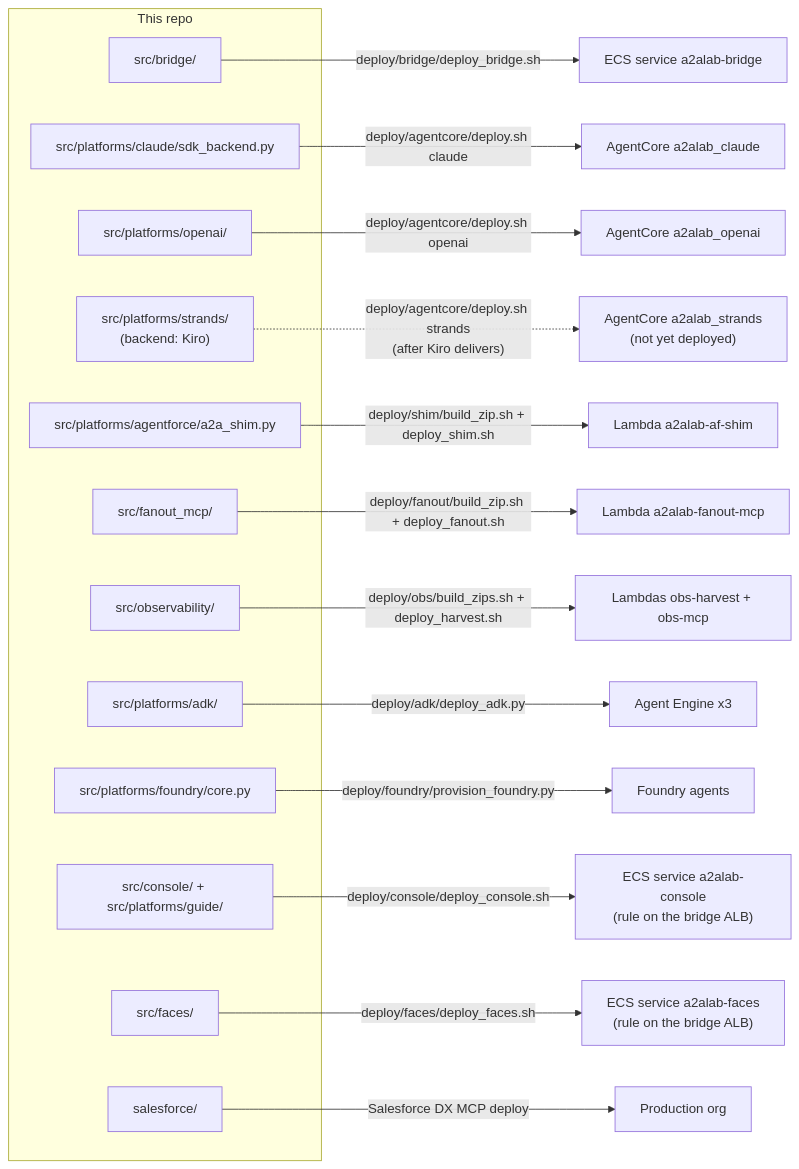
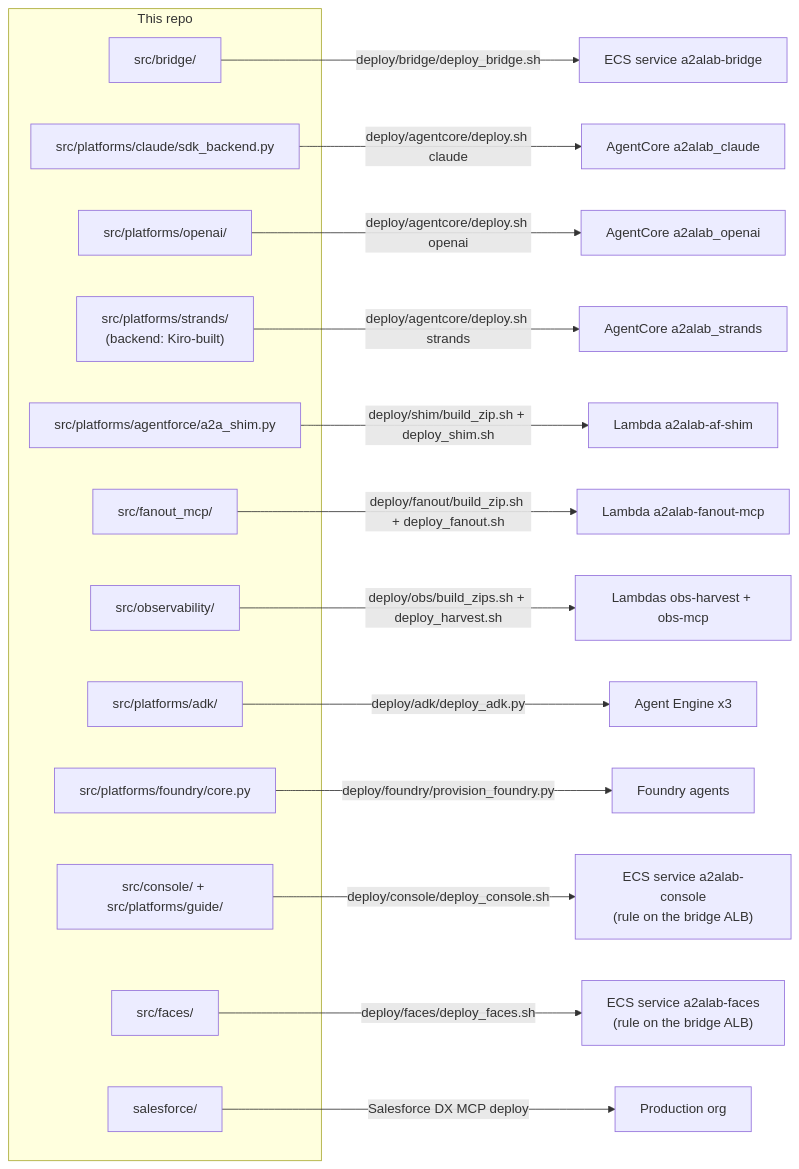
Before and after one commit to congmingwudi/a2a-lab: the tenth of 10 diagrams in plan/09-deployment-map.md, drawn with Mermaid. The commit also changed other lines of this file and 3 other files, not shown here.

````diff
--- a/plan/09-deployment-map.md
+++ b/plan/09-deployment-map.md
@@ -764,29 +764,29 @@
 ```mermaid
 flowchart LR
   subgraph REPO["This repo"]
     R1["src/bridge/"]
     R2["src/platforms/claude/sdk_backend.py"]
     R3["src/platforms/openai/"]
-    R12["src/platforms/strands/<br/>(backend: Kiro)"]
+    R12["src/platforms/strands/<br/>(backend: Kiro-built)"]
     R4["src/platforms/agentforce/a2a_shim.py"]
     R5["src/fanout_mcp/"]
     R6["src/observability/"]
     R7["src/platforms/adk/"]
     R8["src/platforms/foundry/core.py"]
     R9["src/console/ + src/platforms/guide/"]
     R11["src/faces/"]
     R10["salesforce/"]
   end
   R1 -->|"deploy/bridge/deploy_bridge.sh"| D1["ECS service a2alab-bridge"]
   R2 -->|"deploy/agentcore/deploy.sh claude"| D2["AgentCore a2alab_claude"]
   R3 -->|"deploy/agentcore/deploy.sh openai"| D3["AgentCore a2alab_openai"]
-  R12 -.->|"deploy/agentcore/deploy.sh strands<br/>(after Kiro delivers)"| D12["AgentCore a2alab_strands<br/>(not yet deployed)"]
+  R12 -->|"deploy/agentcore/deploy.sh strands"| D12["AgentCore a2alab_strands"]
   R4 -->|"deploy/shim/build_zip.sh + deploy_shim.sh"| D4["Lambda a2alab-af-shim"]
   R5 -->|"deploy/fanout/build_zip.sh + deploy_fanout.sh"| D5["Lambda a2alab-fanout-mcp"]
   R6 -->|"deploy/obs/build_zips.sh + deploy_harvest.sh"| D6["Lambdas obs-harvest + obs-mcp"]
   R7 -->|"deploy/adk/deploy_adk.py"| D7["Agent Engine x3"]
   R8 -->|"deploy/foundry/provision_foundry.py"| D8["Foundry agents"]
   R9 -->|"deploy/console/deploy_console.sh"| D9["ECS service a2alab-console<br/>(rule on the bridge ALB)"]
   R11 -->|"deploy/faces/deploy_faces.sh"| D11["ECS service a2alab-faces<br/>(rule on the bridge ALB)"]
   R10 -->|"Salesforce DX MCP deploy"| D10["Production org"]
 ```
````
